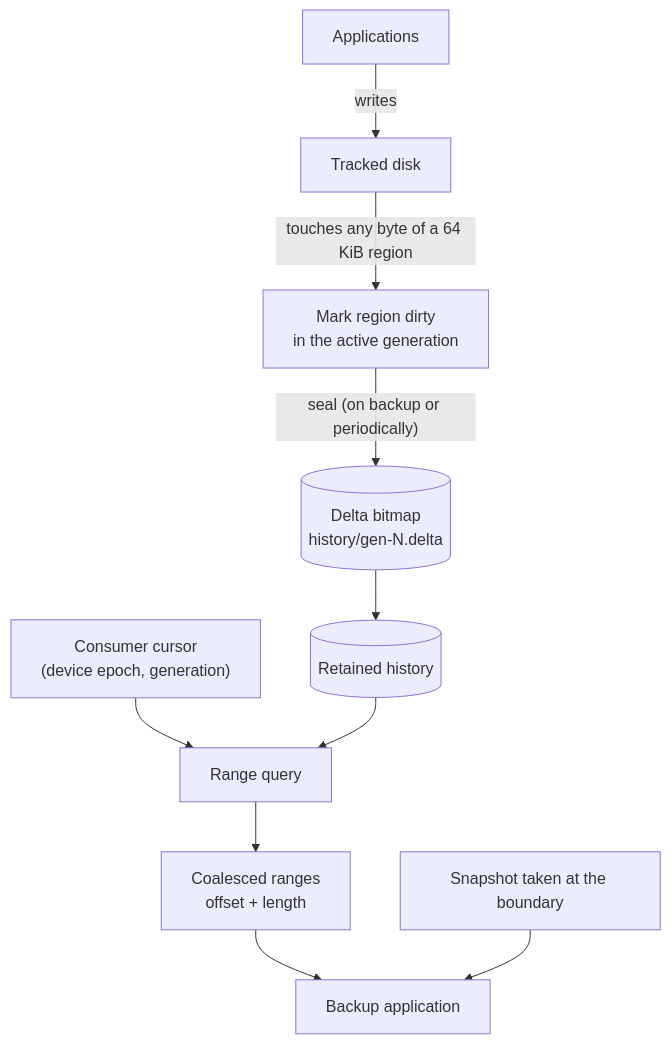
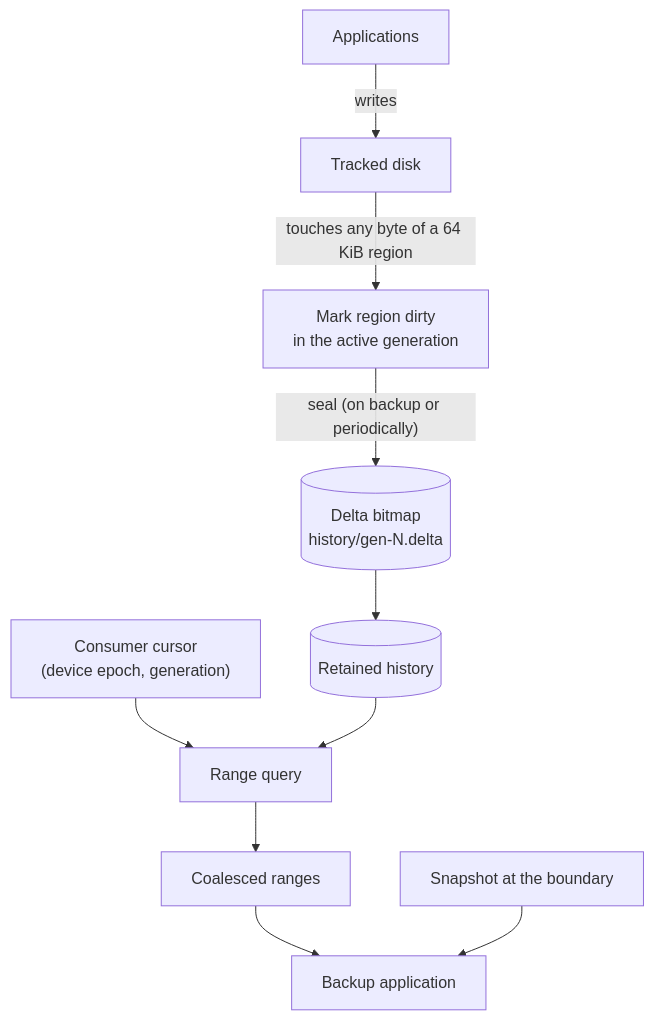
Before and after one commit to swadhingoswami/BlockChronicle: the second of 3 diagrams in README.md, drawn with Mermaid. The commit also changed other lines of this file and 7 other files, not shown here.

````diff
--- a/README.md
+++ b/README.md
@@ -60,15 +378,11 @@
 ```mermaid
 flowchart TD
     APP["Applications"] -->|writes| DEV["Tracked disk"]
-
     DEV -->|"touches any byte of a 64 KiB region"| MARK["Mark region dirty<br/>in the active generation"]
-
     MARK -->|"seal (on backup or periodically)"| DELTA[("Delta bitmap<br/>history/gen-N.delta")]
     DELTA --> HIST[("Retained history")]
-
     CUR["Consumer cursor<br/>(device epoch, generation)"] --> Q["Range query"]
     HIST --> Q
-    Q --> RANGES["Coalesced ranges<br/>offset + length"]
-    RANGES --> BACKUP["Backup application"]
-    SNAP["Snapshot taken at the boundary"] --> BACKUP
+    Q --> RANGES["Coalesced ranges"] --> BACKUP["Backup application"]
+    SNAP["Snapshot at the boundary"] --> BACKUP
 ```
````
